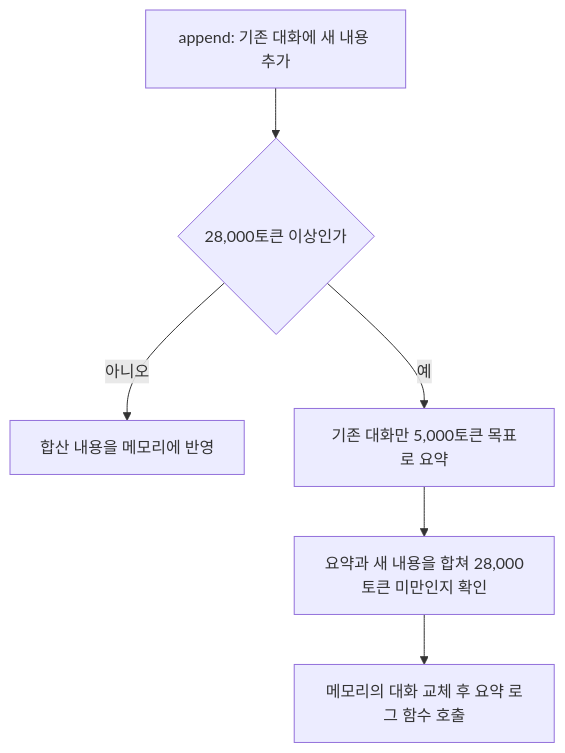
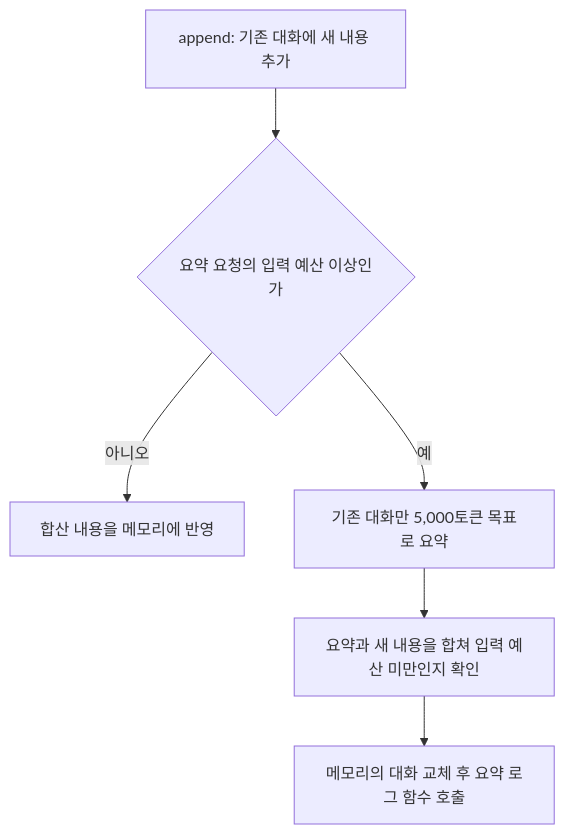
Before and after one commit to Inha-zero-two/private-llm-pipeline: the diagram in docs/context-manager.md, drawn with Mermaid. The commit also changed other lines of this file and 10 other files, not shown here.

````diff
--- a/docs/context-manager.md
+++ b/docs/context-manager.md
@@ -9,8 +9,8 @@
 ```mermaid
 flowchart TD
-    A["append: 기존 대화에 새 내용 추가"] --> B{"28,000토큰 이상인가"}
+    A["append: 기존 대화에 새 내용 추가"] --> B{"요약 요청의 입력 예산 이상인가"}
     B -->|아니오| C["합산 내용을 메모리에 반영"]
     B -->|예| D["기존 대화만 5,000토큰 목표로 요약"]
-    D --> E["요약과 새 내용을 합쳐 28,000토큰 미만인지 확인"]
+    D --> E["요약과 새 내용을 합쳐 입력 예산 미만인지 확인"]
     E --> F["메모리의 대화 교체 후 요약 로그 함수 호출"]
 ```
````
